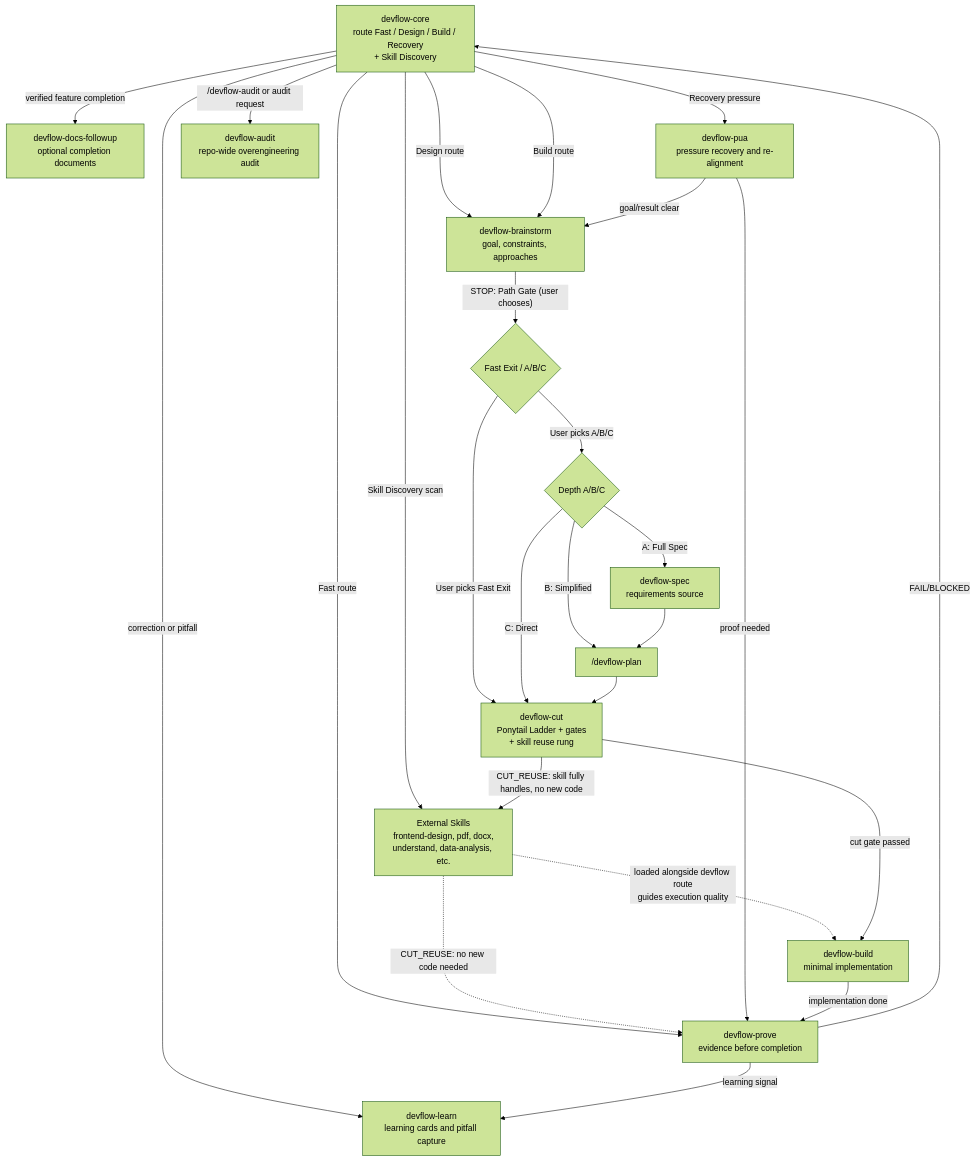
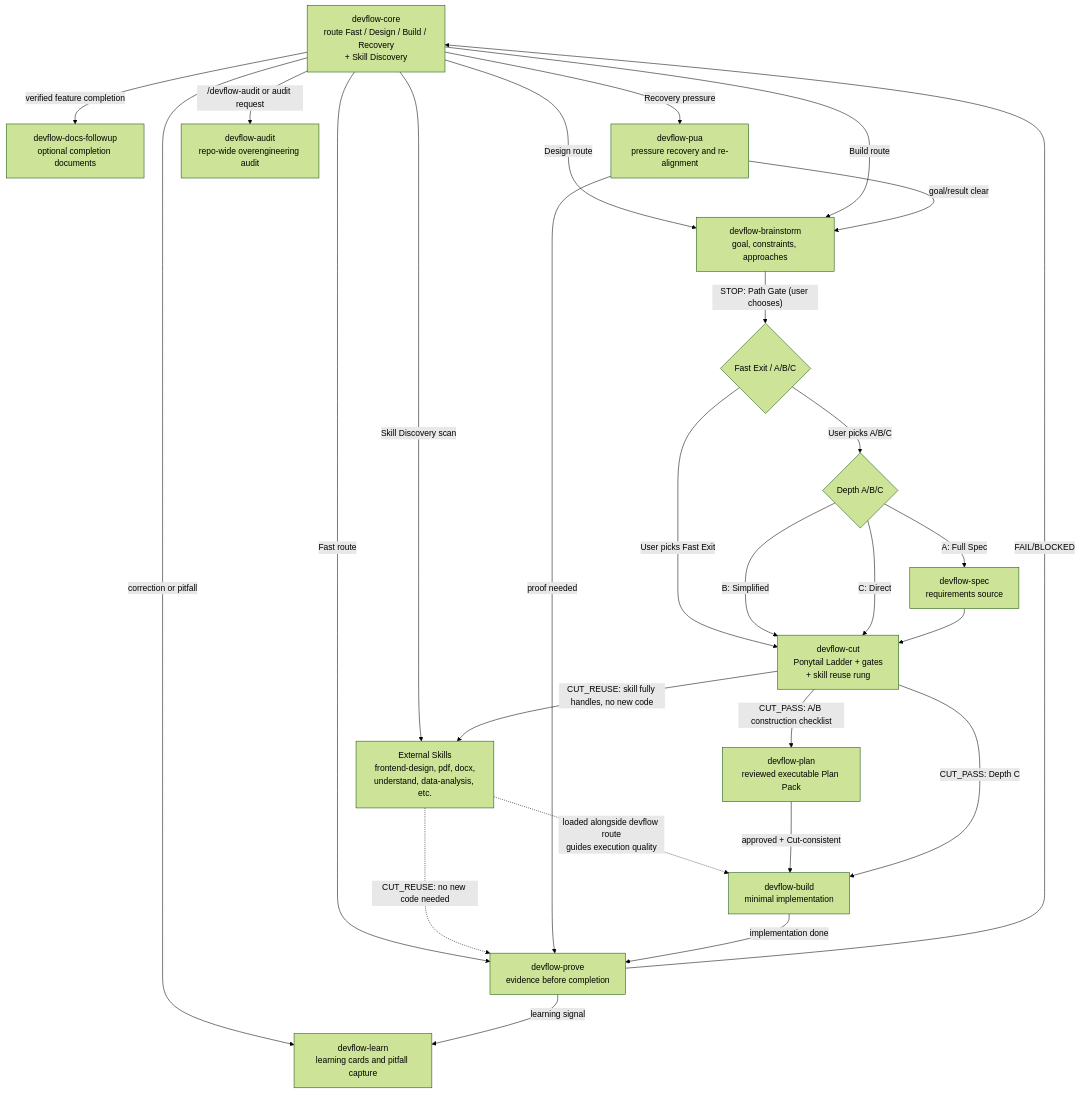
The diagram in skills/skill-call-diagram.md (huangwen-changdu/DevFlow-Core), drawn with Mermaid (forest theme) before and after one commit. The commit also changed other lines of this file and 36 other files, not shown here.

````diff
--- a/skills/skill-call-diagram.md
+++ b/skills/skill-call-diagram.md
@@ -3,40 +3,42 @@
 ```mermaid
 graph TD
     CORE["devflow-core<br/>route Fast / Design / Build / Recovery<br/>+ Skill Discovery"]
     BRAIN["devflow-brainstorm<br/>goal, constraints, approaches"]
     SPEC["devflow-spec<br/>requirements source"]
+    PLAN["devflow-plan<br/>reviewed executable Plan Pack"]
     CUT["devflow-cut<br/>Ponytail Ladder + gates<br/>+ skill reuse rung"]
     BUILD["devflow-build<br/>minimal implementation"]
     PROVE["devflow-prove<br/>evidence before completion"]
     DOCS["devflow-docs-followup<br/>optional completion documents"]
     PUA["devflow-pua<br/>pressure recovery and re-alignment"]
     LEARN["devflow-learn<br/>learning cards and pitfall capture"]
     AUDIT["devflow-audit<br/>repo-wide overengineering audit"]
     EXT["External Skills<br/>frontend-design, pdf, docx,<br/>understand, data-analysis, etc."]
 
     CORE -->|"Design route"| BRAIN
     CORE -->|"Build route"| BRAIN
     CORE -->|"Fast route"| PROVE
     CORE -->|"verified feature completion"| DOCS
     CORE -->|"Recovery pressure"| PUA
     CORE -->|"/devflow-audit or audit request"| AUDIT
     CORE -->|"Skill Discovery scan"| EXT
     EXT -.->|"loaded alongside devflow route<br/>guides execution quality"| BUILD
     EXT -.->|"CUT_REUSE: no new code needed"| PROVE
     PUA -->|"goal/result clear"| BRAIN
     PUA -->|"proof needed"| PROVE
     BRAIN -->|"STOP: Path Gate (user chooses)"| PATH{"Fast Exit / A/B/C"}
     PATH -->|"User picks Fast Exit"| CUT
     PATH -->|"User picks A/B/C"| DEPTH{"Depth A/B/C"}
     DEPTH -->|"A: Full Spec"| SPEC
-    DEPTH -->|"B: Simplified"| PLAN["/devflow-plan"]
+    DEPTH -->|"B: Simplified"| CUT
     DEPTH -->|"C: Direct"| CUT
-    SPEC --> PLAN
-    PLAN --> CUT
-    CUT -->|"cut gate passed"| BUILD
+    SPEC --> CUT
+    CUT -->|"CUT_PASS: A/B construction checklist"| PLAN
+    PLAN -->|"approved + Cut-consistent"| BUILD
+    CUT -->|"CUT_PASS: Depth C"| BUILD
     CUT -->|"CUT_REUSE: skill fully handles, no new code"| EXT
     BUILD -->|"implementation done"| PROVE
     PROVE -->|"FAIL/BLOCKED"| CORE
     CORE -->|"correction or pitfall"| LEARN
     PROVE -->|"learning signal"| LEARN
 ```
````
